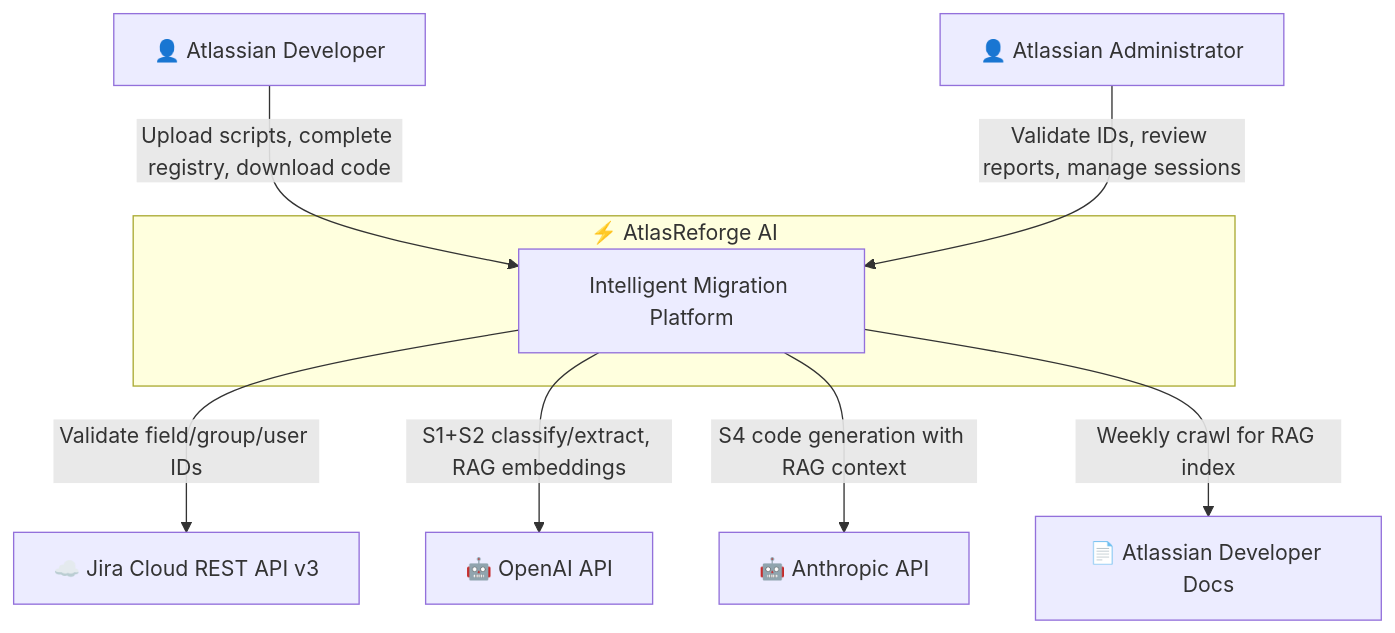
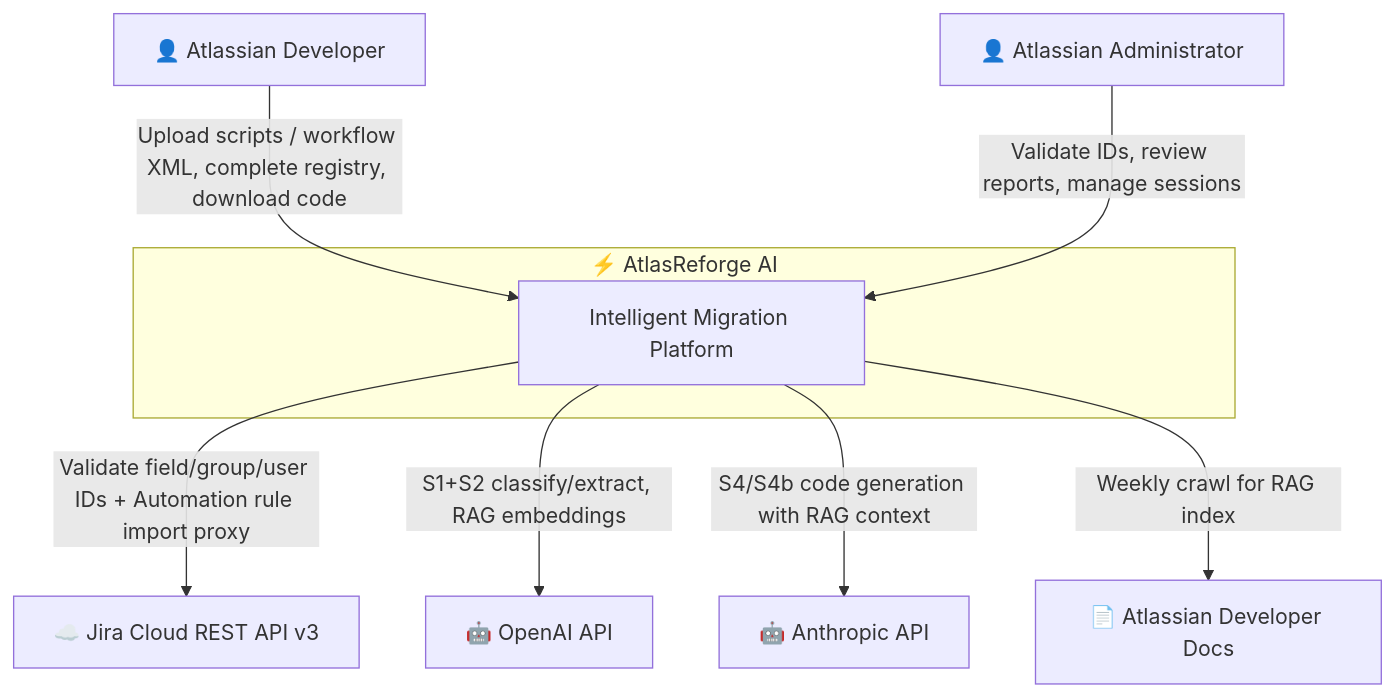
The first of 7 diagrams in docs/technical/architecture.md (mranerov-creator/AtlasReforge), drawn with Mermaid before and after one commit. The commit also changed other lines of this file and 3 other files, not shown here.

````diff
--- a/docs/technical/architecture.md
+++ b/docs/technical/architecture.md
@@ -9,21 +9,21 @@
 ```mermaid
 graph TB
     Dev["👤 Atlassian Developer"]
     Admin["👤 Atlassian Administrator"]
-    
+
     subgraph AtlasReforge["⚡ AtlasReforge AI"]
         System["Intelligent Migration Platform"]
     end
-    
+
     JiraCloud["☁️ Jira Cloud REST API v3"]
     OpenAI["🤖 OpenAI API"]
     Anthropic["🤖 Anthropic API"]
     AtlDocs["📄 Atlassian Developer Docs"]
-    
-    Dev -->|"Upload scripts, complete registry, download code"| System
+
+    Dev -->|"Upload scripts / workflow XML, complete registry, download code"| System
     Admin -->|"Validate IDs, review reports, manage sessions"| System
-    System -->|"Validate field/group/user IDs"| JiraCloud
+    System -->|"Validate field/group/user IDs + Automation rule import proxy"| JiraCloud
     System -->|"S1+S2 classify/extract, RAG embeddings"| OpenAI
-    System -->|"S4 code generation with RAG context"| Anthropic
+    System -->|"S4/S4b code generation with RAG context"| Anthropic
     System -->|"Weekly crawl for RAG index"| AtlDocs
 ```
````
